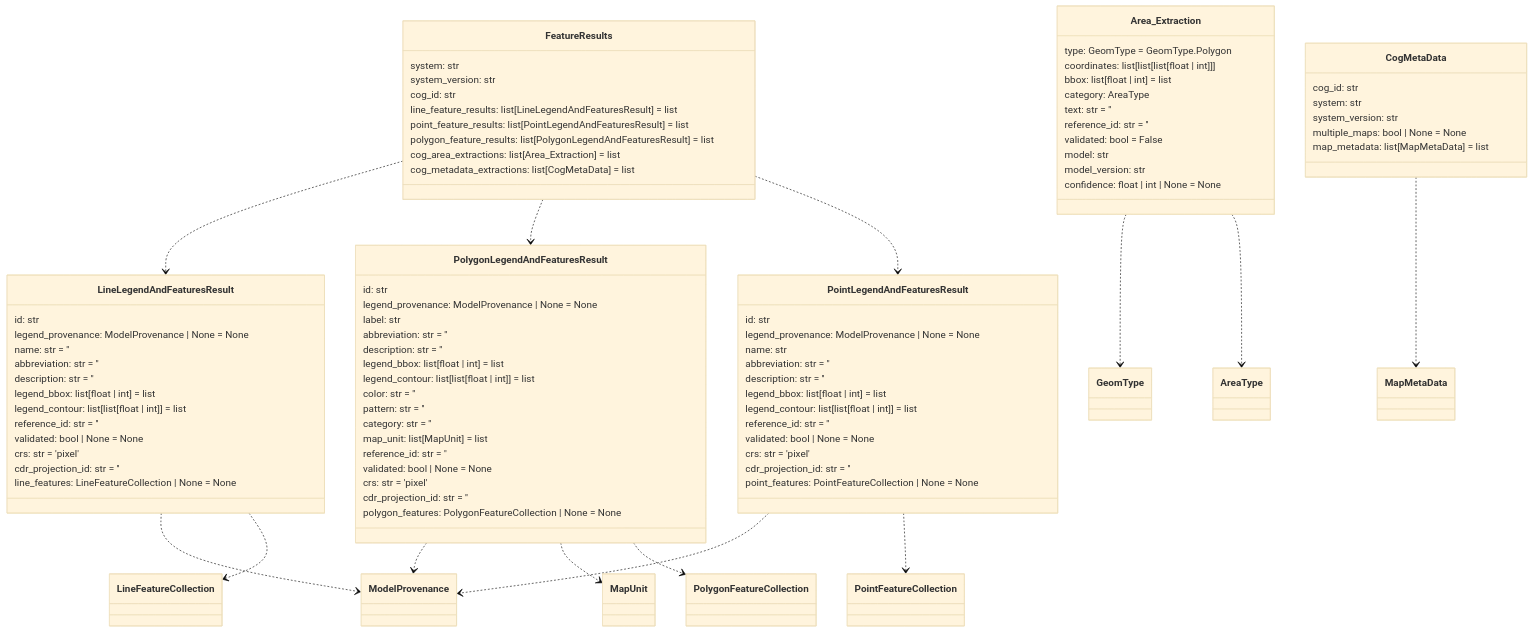
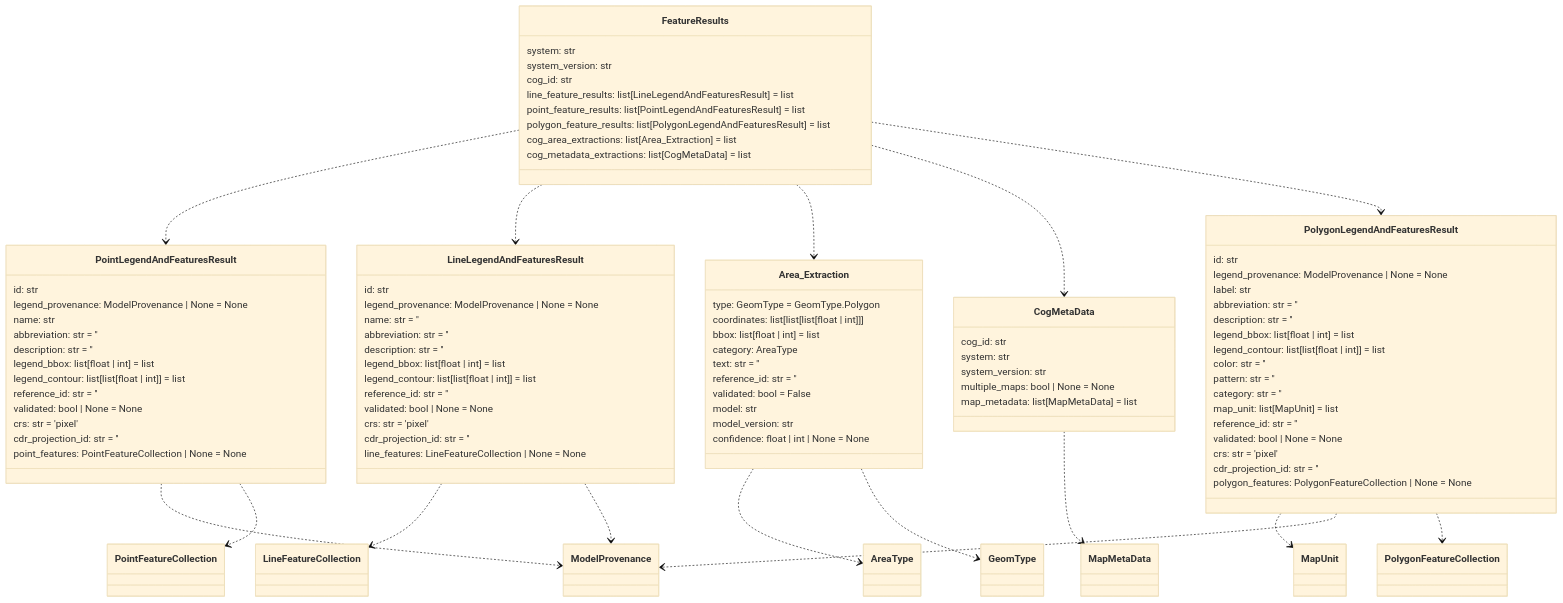
Before and after one commit to DARPA-CRITICALMAAS/cdr_schemas: the fourth of 14 diagrams in README.md, drawn with Mermaid (base theme). The commit also changed other lines of this file and 1 other file, not shown here.

````diff
--- a/README.md
+++ b/README.md
@@ -274,5 +258,35 @@
 ```mermaid
 classDiagram
+
+    class PointLegendAndFeaturesResult {
+        id: str
+        legend_provenance: ModelProvenance | None = None
+        name: str
+        abbreviation: str = ''
+        description: str = ''
+        legend_bbox: list[float | int] = list
+        legend_contour: list[list[float | int]] = list
+        reference_id: str = ''
+        validated: bool | None = None
+        crs: str = 'pixel'
+        cdr_projection_id: str = ''
+        point_features: PointFeatureCollection | None = None
+    }
+
+    class LineLegendAndFeaturesResult {
+        id: str
+        legend_provenance: ModelProvenance | None = None
+        name: str = ''
+        abbreviation: str = ''
+        description: str = ''
+        legend_bbox: list[float | int] = list
+        legend_contour: list[list[float | int]] = list
+        reference_id: str = ''
+        validated: bool | None = None
+        crs: str = 'pixel'
+        cdr_projection_id: str = ''
+        line_features: LineFeatureCollection | None = None
+    }
 
     class FeatureResults {
         system: str
@@ -306,21 +320,6 @@
         map_metadata: list[MapMetaData] = list
     }
 
-    class LineLegendAndFeaturesResult {
-        id: str
-        legend_provenance: ModelProvenance | None = None
-        name: str = ''
-        abbreviation: str = ''
-        description: str = ''
-        legend_bbox: list[float | int] = list
-        legend_contour: list[list[float | int]] = list
-        reference_id: str = ''
-        validated: bool | None = None
-        crs: str = 'pixel'
-        cdr_projection_id: str = ''
-        line_features: LineFeatureCollection | None = None
-    }
-
     class PolygonLegendAndFeaturesResult {
         id: str
         legend_provenance: ModelProvenance | None = None
@@ -340,34 +339,21 @@
         polygon_features: PolygonFeatureCollection | None = None
     }
 
-    class PointLegendAndFeaturesResult {
-        id: str
-        legend_provenance: ModelProvenance | None = None
-        name: str
-        abbreviation: str = ''
-        description: str = ''
-        legend_bbox: list[float | int] = list
-        legend_contour: list[list[float | int]] = list
-        reference_id: str = ''
-        validated: bool | None = None
-        crs: str = 'pixel'
-        cdr_projection_id: str = ''
-        point_features: PointFeatureCollection | None = None
-    }
-
+    Area_Extraction ..> AreaType
     Area_Extraction ..> GeomType
-    Area_Extraction ..> AreaType
+    LineLegendAndFeaturesResult ..> LineFeatureCollection
     LineLegendAndFeaturesResult ..> ModelProvenance
-    LineLegendAndFeaturesResult ..> LineFeatureCollection
     PointLegendAndFeaturesResult ..> ModelProvenance
     PointLegendAndFeaturesResult ..> PointFeatureCollection
+    PolygonLegendAndFeaturesResult ..> MapUnit
     PolygonLegendAndFeaturesResult ..> ModelProvenance
-    PolygonLegendAndFeaturesResult ..> MapUnit
     PolygonLegendAndFeaturesResult ..> PolygonFeatureCollection
     CogMetaData ..> MapMetaData
+    FeatureResults ..> PointLegendAndFeaturesResult
     FeatureResults ..> LineLegendAndFeaturesResult
+    FeatureResults ..> Area_Extraction
+    FeatureResults ..> CogMetaData
     FeatureResults ..> PolygonLegendAndFeaturesResult
-    FeatureResults ..> PointLegendAndFeaturesResult
 
 
 ```
````
